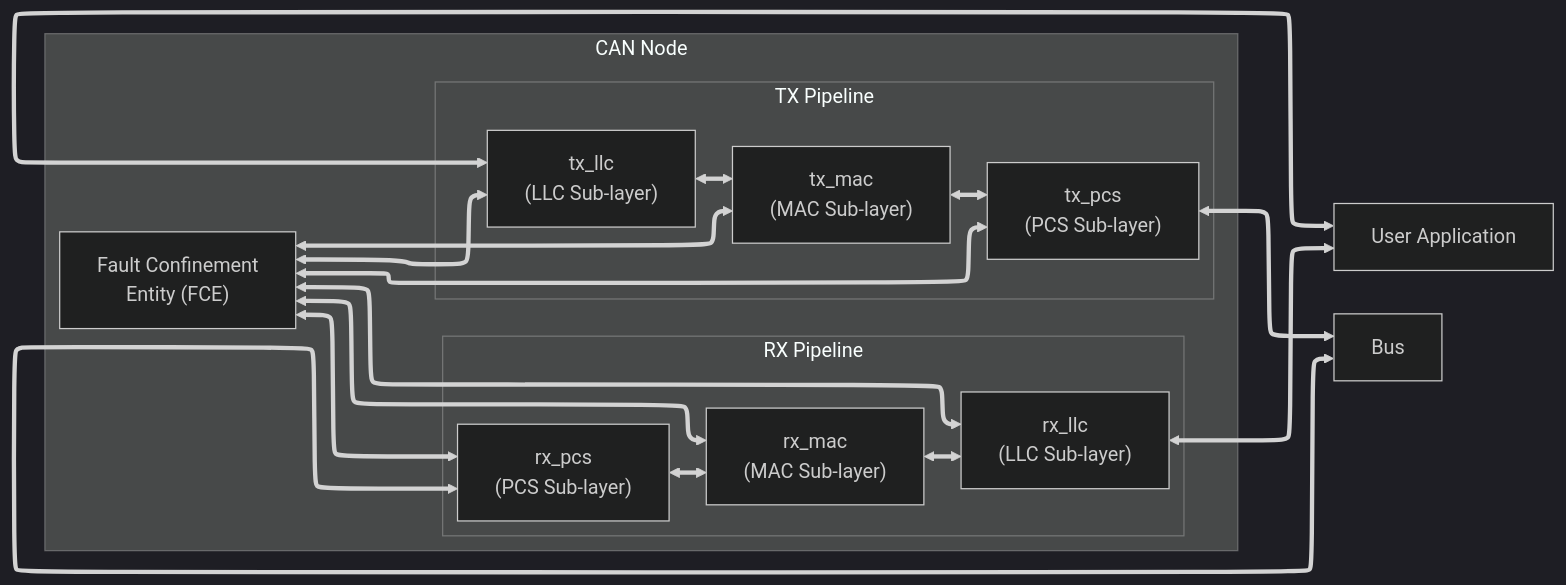
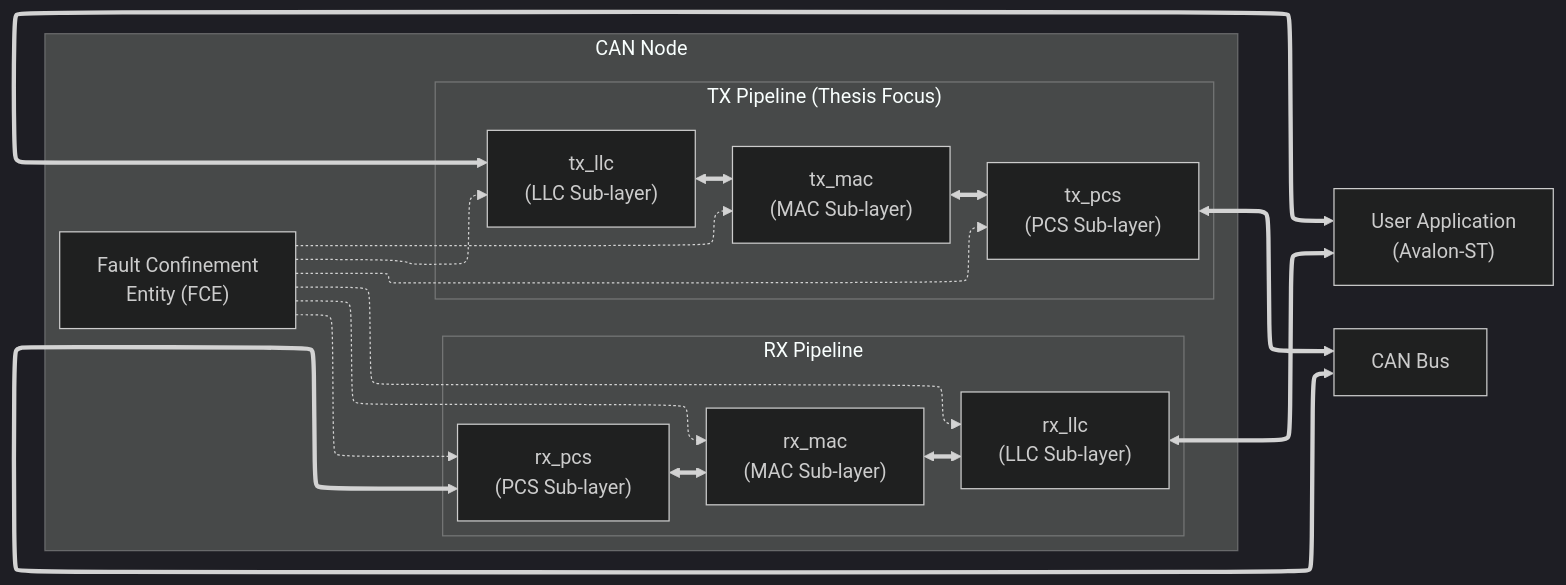
The diagram in docs/report.md (madsr2d2/beng_thesis), drawn with Mermaid before and after one commit. The commit also changed 4 other files, not shown here.

```````diff
--- a/docs/report.md
+++ b/docs/report.md
@@ -104,45 +104,45 @@
 ```mermaid
 ---
 config:
-  layout: elk
+  flowchart:
+    defaultRenderer: elk
   elk:
     algorithm: layered
     mergeEdges: false
     nodePlacementStrategy: SIMPLE
   look: classic
   theme: dark
   curve: linear
 ---
 flowchart LR
-    User["User Application"]
+    User["User Application<br/>(Avalon-ST)"]
     FCE["Fault Confinement<br/>Entity (FCE)"]
-    Bus["Bus"]
 
     subgraph Node ["CAN Node"]
-        subgraph TX_Pipeline ["TX Pipeline"]
+        subgraph TX_Pipeline ["TX Pipeline (Thesis Focus)"]
             TX_LLC["tx_llc<br/>(LLC Sub-layer)"]
             TX_MAC["tx_mac<br/>(MAC Sub-layer)"]
             TX_PCS["tx_pcs<br/>(PCS Sub-layer)"]
-            
+
             TX_LLC <==> TX_MAC <==> TX_PCS
         end
 
         subgraph RX_Pipeline ["RX Pipeline"]
             RX_PCS["rx_pcs<br/>(PCS Sub-layer)"]
             RX_MAC["rx_mac<br/>(MAC Sub-layer)"]
             RX_LLC["rx_llc<br/>(LLC Sub-layer)"]
 
             RX_PCS <==> RX_MAC <==> RX_LLC
         end
 
         %% Control & Status paths
-        FCE <==> TX_LLC & TX_MAC & TX_PCS
-        FCE <==> RX_LLC & RX_MAC & RX_PCS
+        FCE -.-> TX_LLC & TX_MAC & TX_PCS
+        FCE -.-> RX_LLC & RX_MAC & RX_PCS
     end
 
     User <==> TX_LLC
     RX_LLC <==> User
 
-    TX_PCS <==> Bus
+    TX_PCS <==> Bus["CAN Bus"]
     Bus <==> RX_PCS
-```
+``````
```````
